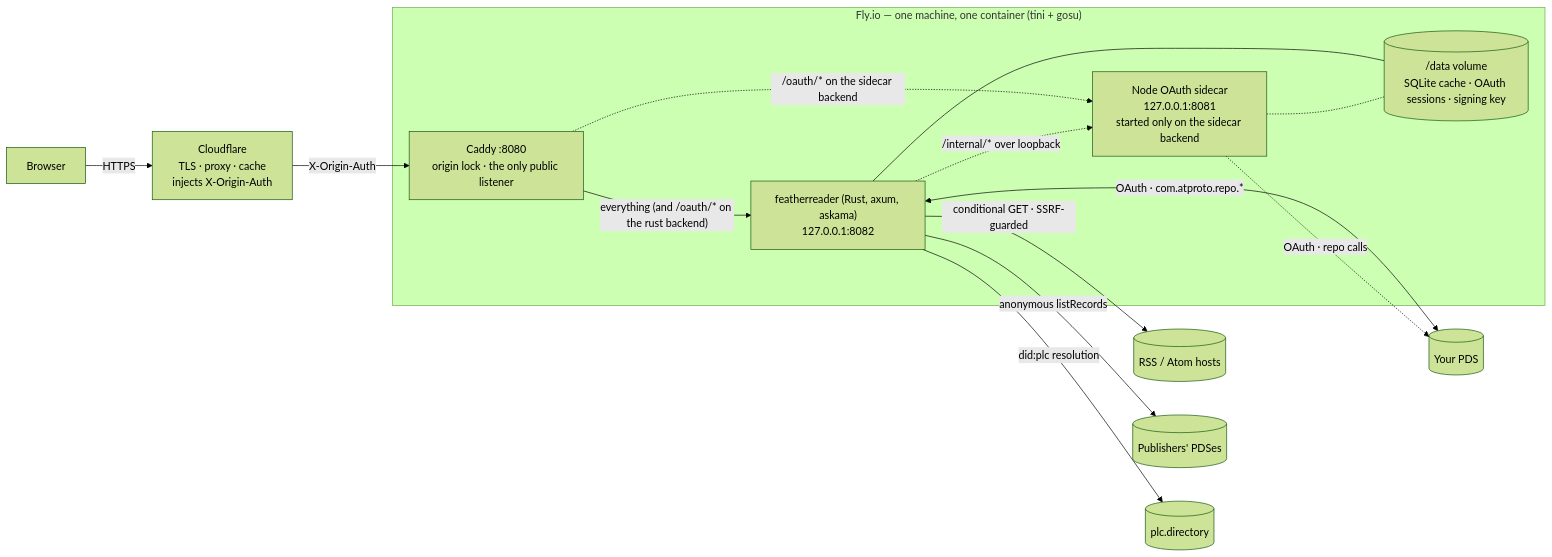
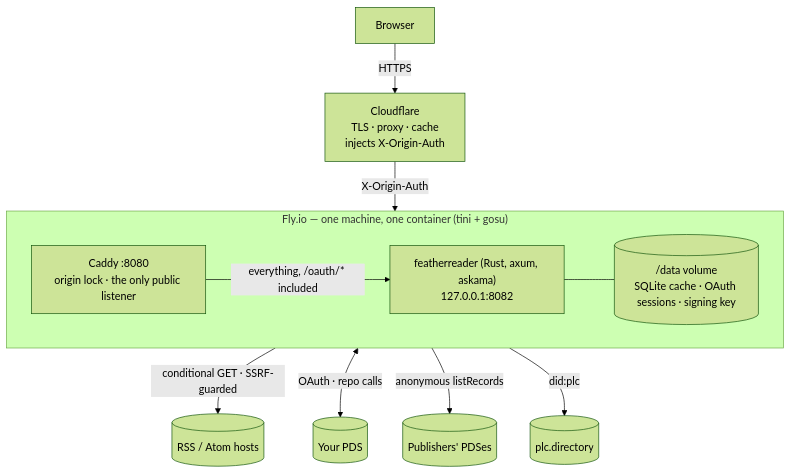
Before and after one commit to justin-stanley/feather-reader: the diagram in design/architecture/runtime.mmd, drawn with Mermaid (forest theme). The commit also changed 10 other files, not shown here.

Commit message:
docs: remove the sidecar from the docs, copy and diagram (#311) (#320)

```diff
--- a/design/architecture/runtime.mmd
+++ b/design/architecture/runtime.mmd
@@ -1,19 +1,15 @@
-flowchart LR
+flowchart TB
     Browser["Browser"] -->|"HTTPS"| CF["Cloudflare<br/>TLS · proxy · cache<br/>injects X-Origin-Auth"]
+    CF -->|"X-Origin-Auth"| Caddy
     subgraph Fly["Fly.io — one machine, one container (tini + gosu)"]
+        direction LR
         Caddy["Caddy :8080<br/>origin lock · the only public listener"]
         App["featherreader (Rust, axum, askama)<br/>127.0.0.1:8082"]
-        Side["Node OAuth sidecar<br/>127.0.0.1:8081<br/>started only on the sidecar backend"]
         Vol[("/data volume<br/>SQLite cache · OAuth sessions · signing key")]
-        Caddy -->|"everything (and /oauth/* on the rust backend)"| App
-        Caddy -.->|"/oauth/* on the sidecar backend"| Side
+        Caddy -->|"everything, /oauth/* included"| App
         App --- Vol
-        App -.->|"/internal/* over loopback"| Side
-        Side -.- Vol
     end
-    CF -->|"X-Origin-Auth"| Caddy
     App -->|"conditional GET · SSRF-guarded"| Feeds[("RSS / Atom hosts")]
-    App <-->|"OAuth · com.atproto.repo.*"| PDS[("Your PDS")]
+    App <-->|"OAuth · repo calls"| PDS[("Your PDS")]
     App -->|"anonymous listRecords"| Pubs[("Publishers' PDSes")]
-    App -->|"did:plc resolution"| PLC[("plc.directory")]
-    Side -.->|"OAuth · repo calls"| PDS
+    App -->|"did:plc"| PLC[("plc.directory")]
```
